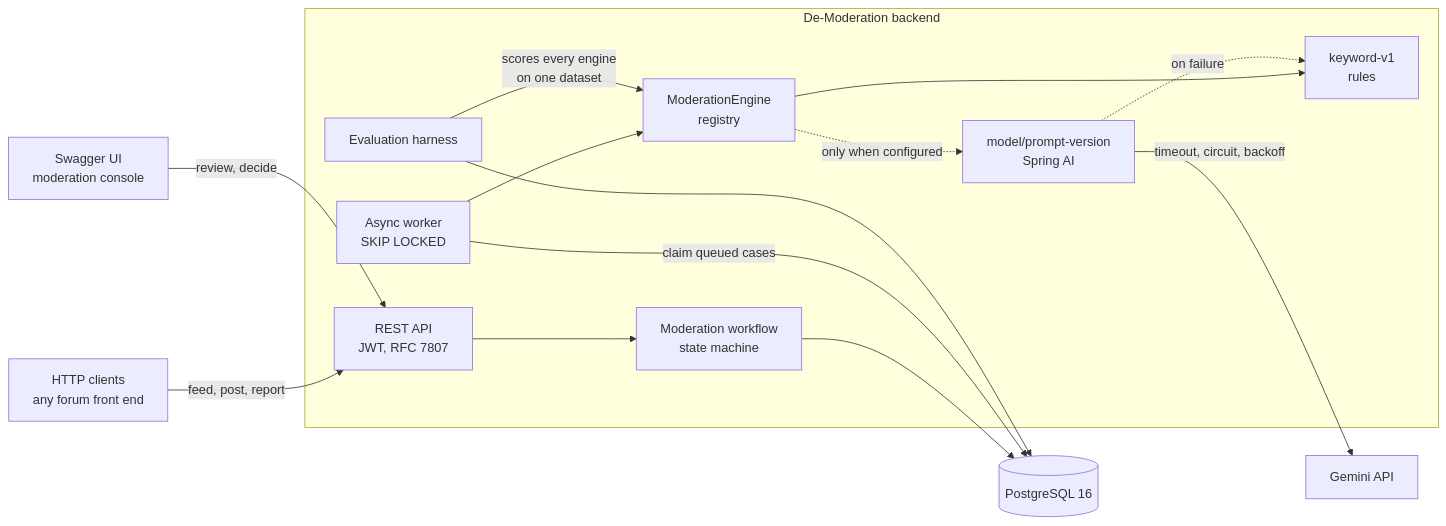
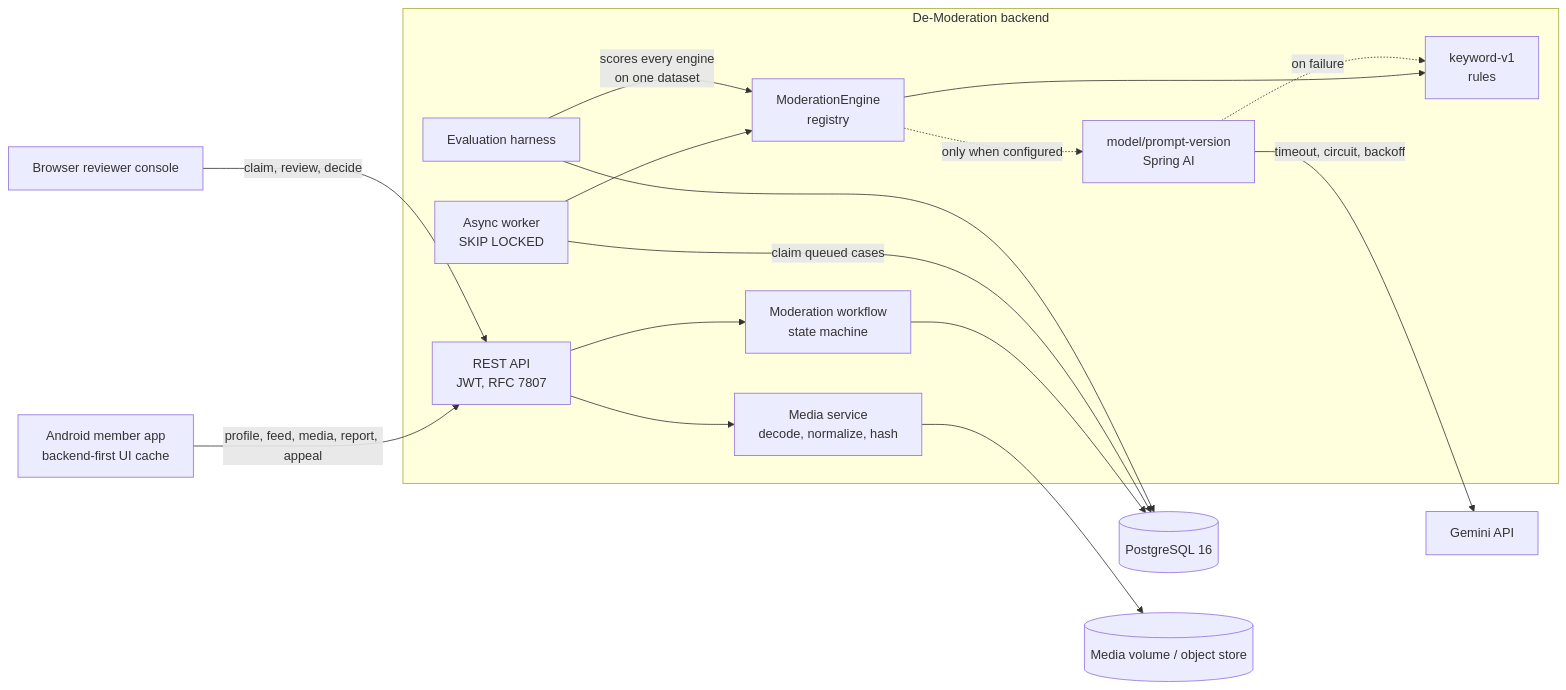
One commit to Mingjie-Mao/De-moderation-backend changed the first of 4 diagrams in docs/architecture.md. Above: the diagram before and after it, drawn with Mermaid. The commit also changed other lines of this file and 139 other files, not shown here.

````diff
--- a/docs/architecture.md
+++ b/docs/architecture.md
@@ -5,31 +5,35 @@
 ```mermaid
 flowchart LR
-    clients["HTTP clients<br/>any forum front end"]
-    swagger["Swagger UI<br/>moderation console"]
+    android["Android member app<br/>backend-first UI cache"]
+    admin["Browser reviewer console"]
 
     subgraph backend["De-Moderation backend"]
         api["REST API<br/>JWT, RFC 7807"]
+        media["Media service<br/>decode, normalize, hash"]
         workflow["Moderation workflow<br/>state machine"]
         worker["Async worker<br/>SKIP LOCKED"]
         registry["ModerationEngine<br/>registry"]
         keyword["keyword-v1<br/>rules"]
         gemini["model/prompt-version<br/>Spring AI"]
         eval["Evaluation harness"]
     end
 
     db[("PostgreSQL 16")]
+    files[("Media volume / object store")]
     google["Gemini API"]
 
-    clients -->|"feed, post, report"| api
-    swagger -->|"review, decide"| api
+    android -->|"profile, feed, media, report, appeal"| api
+    admin -->|"claim, review, decide"| api
     api --> workflow
+    api --> media
+    media --> files
     workflow --> db
     worker -->|"claim queued cases"| db
     worker --> registry
     registry --> keyword
     registry -.->|"only when configured"| gemini
     gemini -->|"timeout, circuit, backoff"| google
     gemini -.->|"on failure"| keyword
     eval -->|"scores every engine<br/>on one dataset"| registry
     eval --> db
 ```
````
